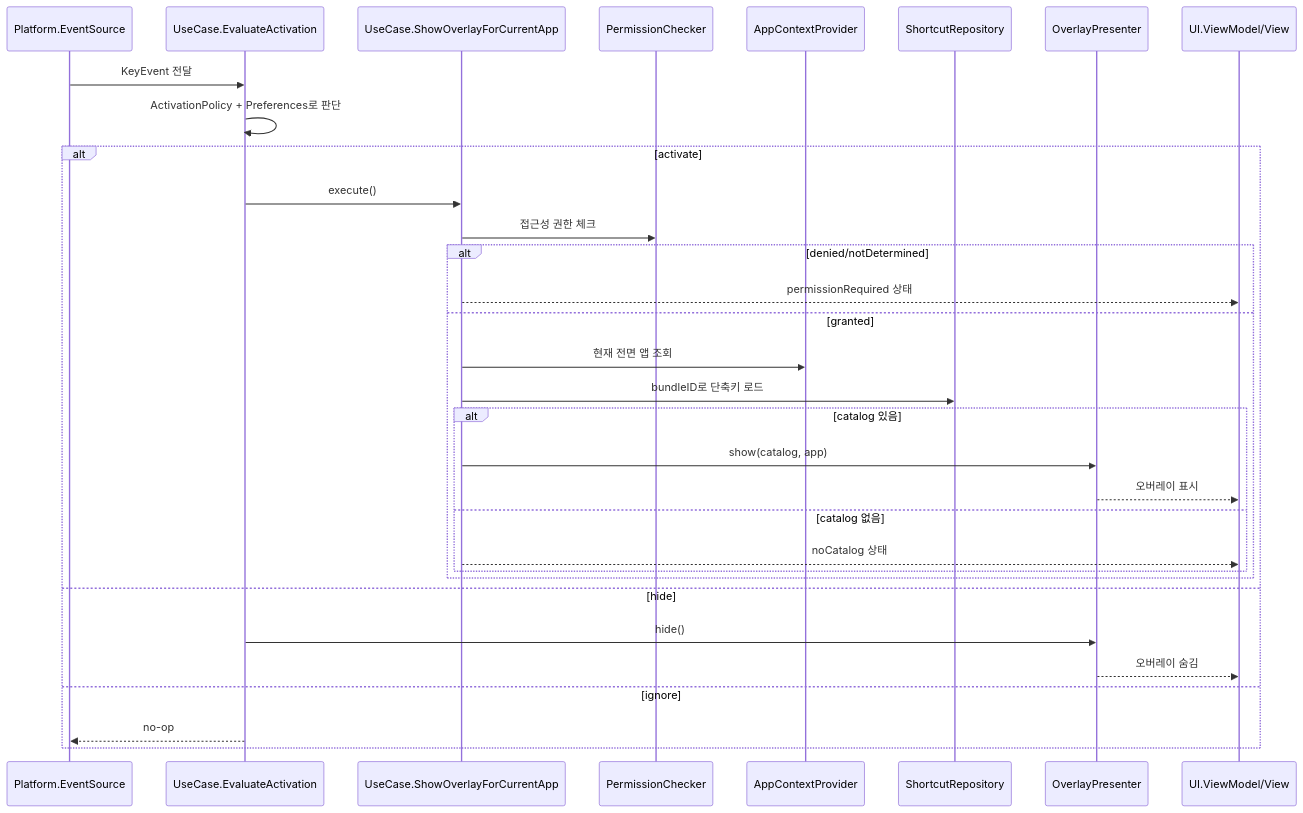
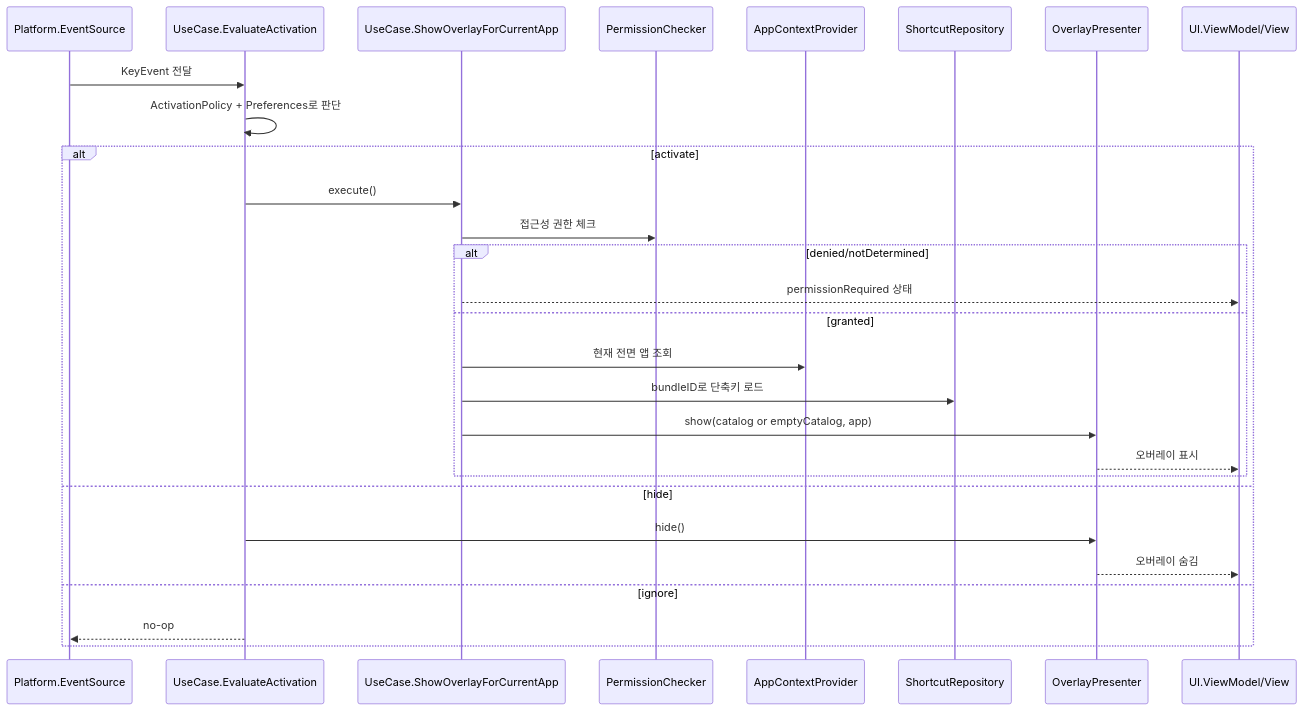
Before and after one commit to hahahoho-labs/KeydeukKeydeuk: the second of 4 diagrams in AGENTS.md, drawn with Mermaid. The commit also changed other lines of this file and 11 other files, not shown here.

Commit message:
feat: switch to panel overlay and status bar driven flow

````diff
--- a/AGENTS.md
+++ b/AGENTS.md
@@ -92,36 +92,32 @@
 ```mermaid
 sequenceDiagram
   participant ES as Platform.EventSource
   participant EA as UseCase.EvaluateActivation
   participant SS as UseCase.ShowOverlayForCurrentApp
   participant PC as PermissionChecker
   participant AC as AppContextProvider
   participant SR as ShortcutRepository
   participant OP as OverlayPresenter
   participant UI as UI.ViewModel/View
 
   ES->>EA: KeyEvent 전달
   EA->>EA: ActivationPolicy + Preferences로 판단
 
   alt activate
     EA->>SS: execute()
     SS->>PC: 접근성 권한 체크
     alt denied/notDetermined
       SS-->>UI: permissionRequired 상태
     else granted
       SS->>AC: 현재 전면 앱 조회
       SS->>SR: bundleID로 단축키 로드
-      alt catalog 있음
-        SS->>OP: show(catalog, app)
-        OP-->>UI: 오버레이 표시
-      else catalog 없음
-        SS-->>UI: noCatalog 상태
-      end
+      SS->>OP: show(catalog or emptyCatalog, app)
+      OP-->>UI: 오버레이 표시
     end
   else hide
     EA->>OP: hide()
     OP-->>UI: 오버레이 숨김
   else ignore
     EA-->>ES: no-op
   end
 ```
````
